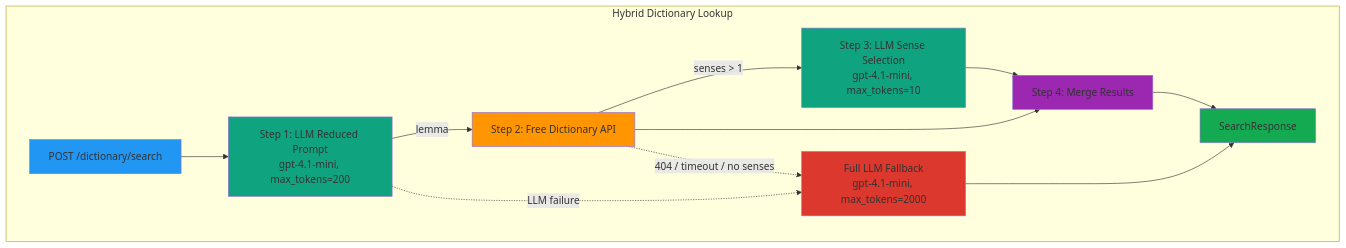
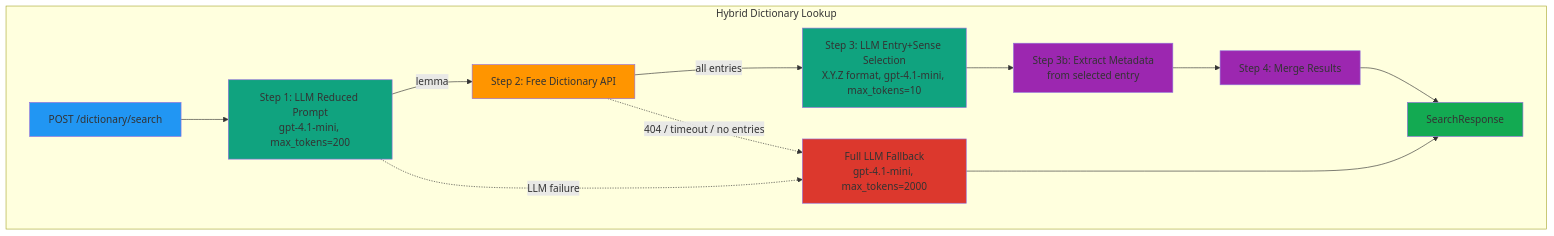
One commit to seung-gu/opad changed the fifth of 6 diagrams in docs/ARCHITECTURE.md. Above: the diagram before and after it, drawn with Mermaid. The commit also changed other lines of this file and 14 other files, not shown here.

````diff
--- a/docs/ARCHITECTURE.md
+++ b/docs/ARCHITECTURE.md
@@ -1094,25 +1095,26 @@
 ```mermaid
 graph TB
     subgraph "Hybrid Dictionary Lookup"
         Request[POST /dictionary/search] --> LLM[Step 1: LLM Reduced Prompt<br/>gpt-4.1-mini, max_tokens=200]
 
         LLM --> |lemma| API[Step 2: Free Dictionary API]
-        API --> |senses > 1| SenseSelect[Step 3: LLM Sense Selection<br/>gpt-4.1-mini, max_tokens=10]
-        API --> Merge[Step 4: Merge Results]
-        SenseSelect --> Merge
+        API --> |all entries| EntrySelect[Step 3: LLM Entry+Sense Selection<br/>X.Y.Z format, gpt-4.1-mini, max_tokens=10]
+        EntrySelect --> Metadata[Step 3b: Extract Metadata<br/>from selected entry]
+        Metadata --> Merge[Step 4: Merge Results]
 
         Merge --> Response[SearchResponse]
 
         LLM -.-> |LLM failure| Fallback[Full LLM Fallback<br/>gpt-4.1-mini, max_tokens=2000]
-        API -.-> |404 / timeout / no senses| Fallback
+        API -.-> |404 / timeout / no entries| Fallback
         Fallback --> Response
     end
 
     style Request fill:#2196F3
     style LLM fill:#10a37f
     style API fill:#ff9500
-    style SenseSelect fill:#10a37f
+    style EntrySelect fill:#10a37f
+    style Metadata fill:#9c27b0
     style Merge fill:#9c27b0
     style Response fill:#13aa52
     style Fallback fill:#dc382d
 ```
````
